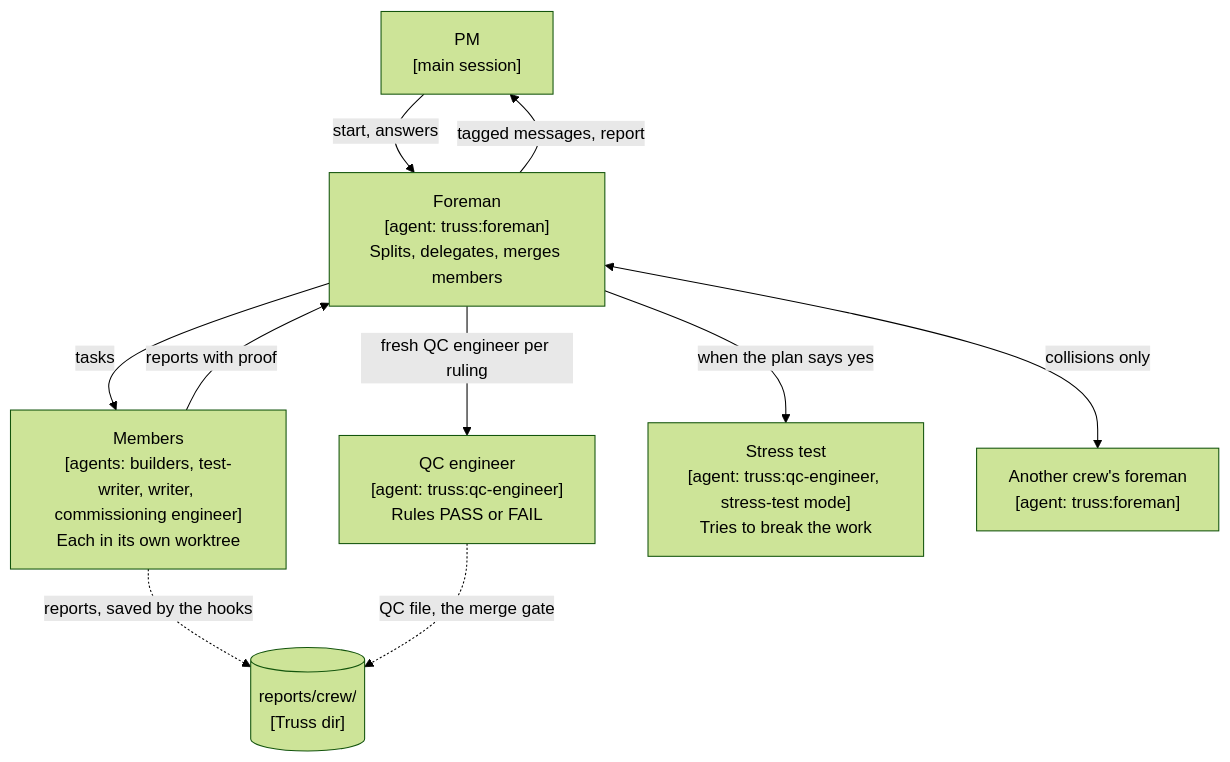
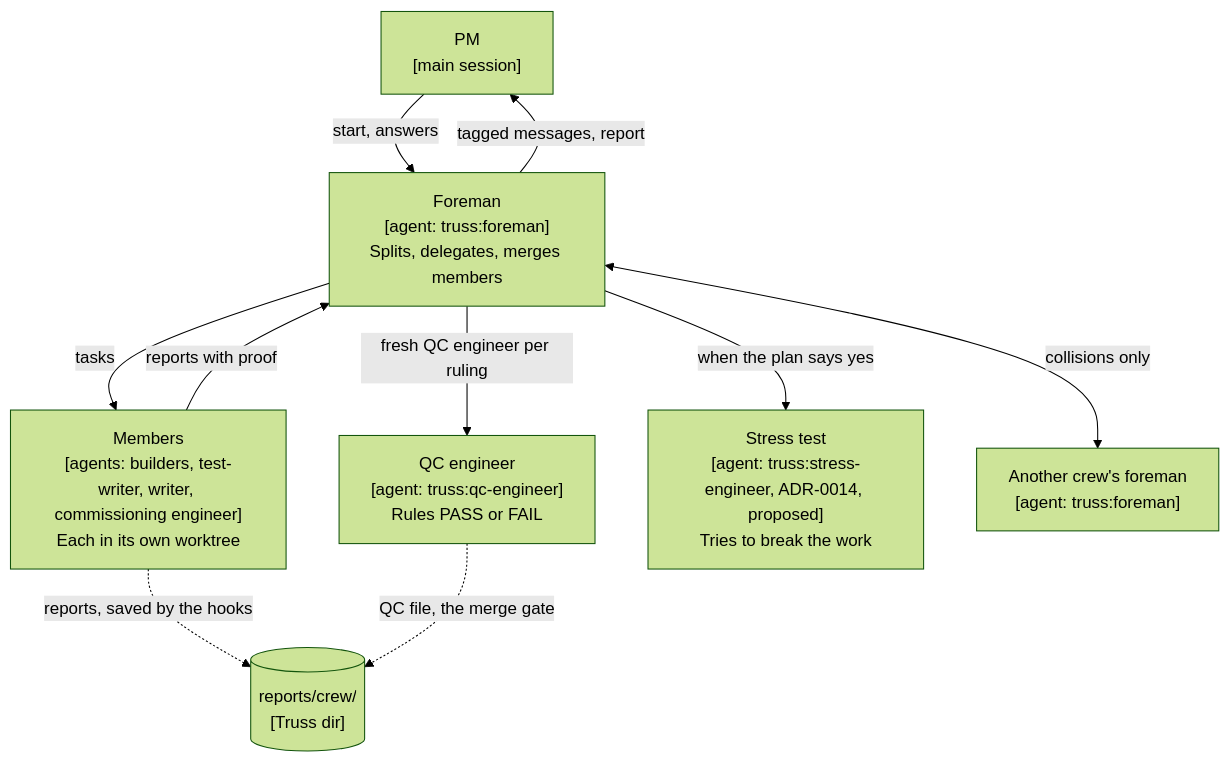
One commit to AbhiramDwivedi/truss changed the third of 19 diagrams in docs/architecture.md. Above: the diagram before and after it, drawn with Mermaid (forest theme). The commit also changed other lines of this file and 6 other files, not shown here.

````diff
--- a/docs/architecture.md
+++ b/docs/architecture.md
@@ -91,20 +93,20 @@
 ```mermaid
 flowchart TD
   PM["PM<br/>[main session]"]
   foreman["Foreman<br/>[agent: truss:foreman]<br/>Splits, delegates, merges members"]
   mem["Members<br/>[agents: builders, test-writer, writer, commissioning engineer]<br/>Each in its own worktree"]
   qc["QC engineer<br/>[agent: truss:qc-engineer]<br/>Rules PASS or FAIL"]
-  red["Stress test<br/>[agent: truss:qc-engineer, stress-test mode]<br/>Tries to break the work"]
+  red["Stress test<br/>[agent: truss:stress-engineer, ADR-0014, proposed]<br/>Tries to break the work"]
   other["Another crew's foreman<br/>[agent: truss:foreman]"]
   disk[("reports/crew/<br/>[Truss dir]")]
 
   PM -->|"start, answers"| foreman
   foreman -->|"tagged messages, report"| PM
   foreman -->|"tasks"| mem
   mem -->|"reports with proof"| foreman
   foreman -->|"when the plan says yes"| red
   foreman -->|"fresh QC engineer per ruling"| qc
   foreman <-->|"collisions only"| other
   mem -.->|"reports, saved by the hooks"| disk
   qc -.->|"QC file, the merge gate"| disk
 ```
````
